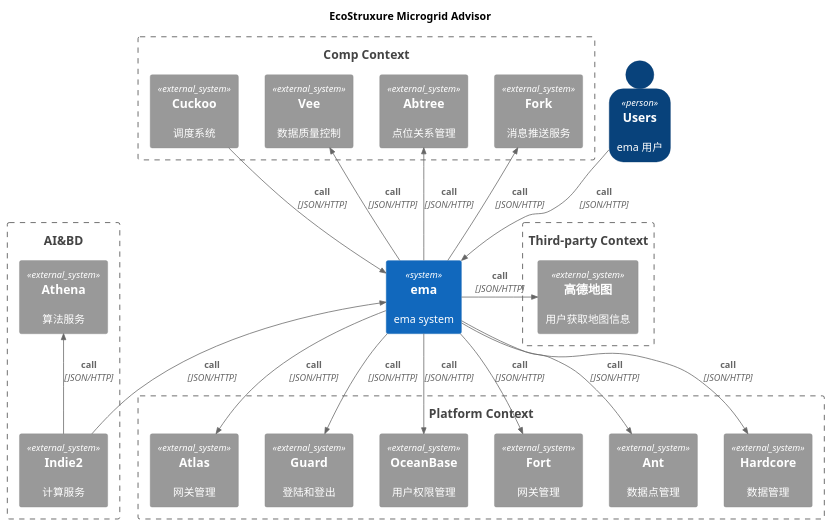
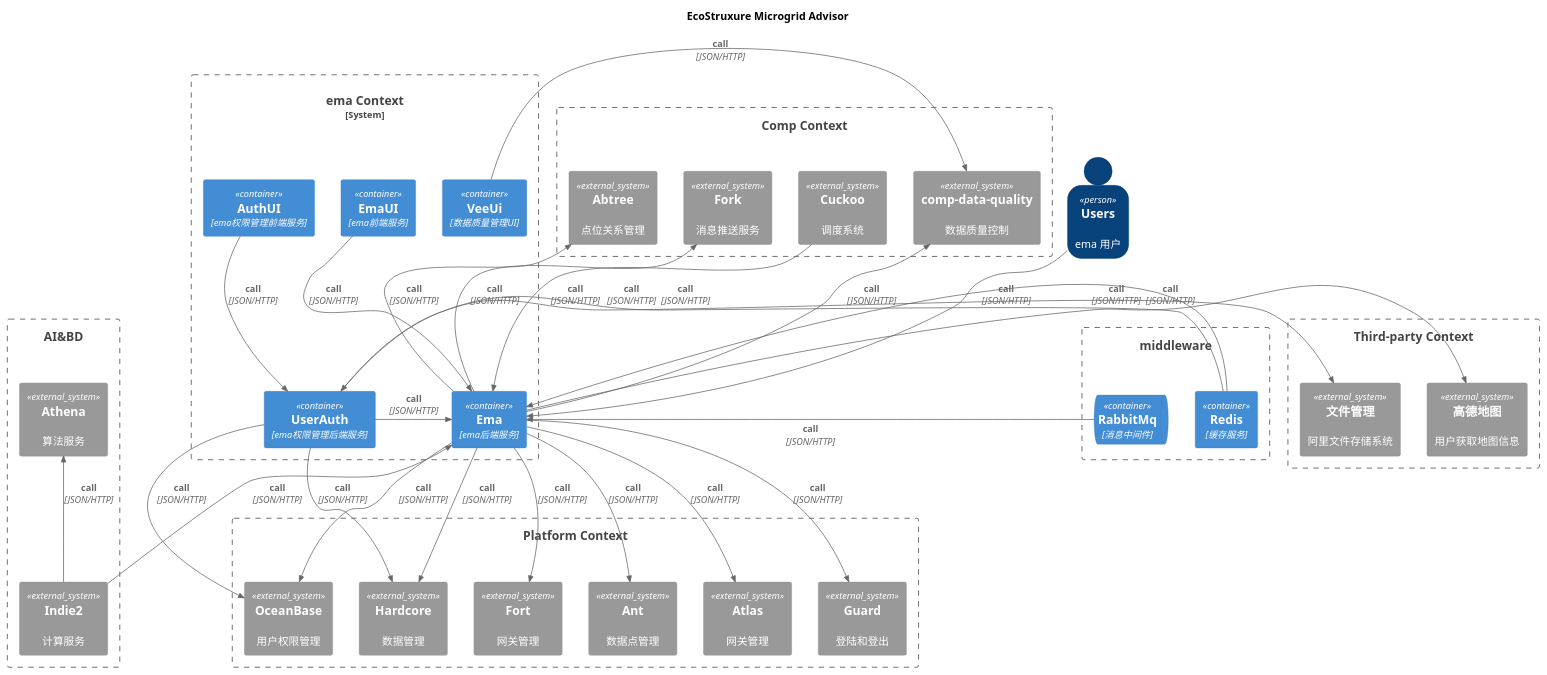
Before and after one commit to 0shuibo/C4-UML: the diagram in c4-ema/ema_container.puml, drawn with PlantUML.

Commit message:
提交容器图

```diff
--- a/c4-ema/ema_container.puml
+++ b/c4-ema/ema_container.puml
@@ -1,75 +1,86 @@
-@startuml energy_hub_system
-!include ../C4_Context.puml
+@startuml energy_hub_container
+!include ../C4_Container.puml
 
 LAYOUT_TOP_DOWN()
 SHOW_PERSON_OUTLINE()
 
 title EcoStruxure Microgrid Advisor
 
 Person(customer, Users, "ema 用户")
 
+System_Boundary(emaSystem, "ema Context") {
+    Container(emaUI, "EmaUI", "ema前端服务")
+    Container(ema, "Ema", "ema后端服务")
+    Container(AuthUI, "AuthUI", "ema权限管理前端服务")
+    Container(userAuth, "UserAuth", "ema权限管理后端服务")
+    Container(veeUi, "VeeUi", "数据质量管理UI")
+
+    Rel_D(emaUI,ema,"call", "JSON/HTTP")
+    Rel_D(AuthUI,userAuth,"call", "JSON/HTTP")
+    Rel_L(userAuth,ema,"call", "JSON/HTTP")
+}
+
+
 Boundary(platformSystem, "Platform Context") {
     System_Ext(atlas, "Atlas", "网关管理")
     System_Ext(guard, "Guard", "登陆和登出")
     System_Ext(oceanBase, "OceanBase", "用户权限管理")
     System_Ext(fort, "Fort", "网关管理")
     System_Ext(ant, "Ant", "数据点管理")
     System_Ext(hardcore, "Hardcore", "数据管理")
+
+    Rel_D(ema,atlas,"call", "JSON/HTTP")
+    Rel_D(ema,guard,"call", "JSON/HTTP")
+    Rel_D(ema,oceanBase,"call", "JSON/HTTP")
+    Rel_D(ema,fort,"call", "JSON/HTTP")
+    Rel_D(ema,ant,"call", "JSON/HTTP")
+    Rel_D(ema,hardcore,"call", "JSON/HTTP")
 }
-
-System(ema, "ema", "ema system")
 
 Boundary(compSystem, "Comp Context") {
     System_Ext(fork, "Fork", "消息推送服务")
     System_Ext(abtree, "Abtree", "点位关系管理")
     System_Ext(cuckoo, "Cuckoo", "调度系统")
-    System_Ext(vee, "Vee", "数据质量控制")
+    System_Ext(vee, "comp-data-quality", "数据质量控制")
+
+    Rel_U(ema,fork,"call", "JSON/HTTP")
+    Rel_U(ema,abtree,"call", "JSON/HTTP")
+    Rel_U(cuckoo,ema,"call", "JSON/HTTP")
+    Rel_U(ema,vee,"call", "JSON/HTTP")
 }
 
-Boundary(compSystem, "common service") {
-    System_Ext(fork, "Fork", "消息推送服务")
-    System_Ext(abtree, "Abtree", "点位关系管理")
-    System_Ext(cuckoo, "Cuckoo", "调度系统")
+
+Boundary(AI&BD, "AI&BD") {
+    System_Ext(athena, "Athena", "算法服务")
+    System_Ext(indie2, "Indie2", "计算服务")
+
+    Rel_U(indie2,ema,"call", "JSON/HTTP")
+    Rel_U(indie2,athena,"call", "JSON/HTTP")
 }
 
-Boundary(AI&BD, "AI&BD") {
-     System_Ext(athena, "Athena", "算法服务")
-     System_Ext(indie2, "Indie2", "计算服务")
+Boundary(middleware, "middleware") {
+    Container(redis, "Redis", "缓存服务")
+    ContainerQueue(rabbitMq, "RabbitMq", "消息中间件")
+
+    Rel_L(rabbitMq,ema,"call", "JSON/HTTP")
+    Rel_L(redis,ema,"call", "JSON/HTTP")
+    Rel_L(redis,userAuth,"call", "JSON/HTTP")
 }
-
 
 
 Boundary(thirdPartySystem, "Third-party Context") {
     System_Ext(gis, "高德地图", "用户获取地图信息")
+    System_Ext(oss, "文件管理", "阿里文件存储系统")
+    Rel_R(ema,gis,"call", "JSON/HTTP")
+    Rel_R(userAuth,oss,"call", "JSON/HTTP")
 }
 Rel_D(customer,ema,"call", "JSON/HTTP")
 
-Rel_U(ema,fork,"call", "JSON/HTTP")
-Rel_U(ema,abtree,"call", "JSON/HTTP")
-Rel_U(cuckoo,ema,"call", "JSON/HTTP")
-Rel_U(ema,vee,"call", "JSON/HTTP")
 
-Rel_R(ema,gis,"call", "JSON/HTTP")
-
-Rel_U(indie2,ema,"call", "JSON/HTTP")
-Rel_U(indie2,athena,"call", "JSON/HTTP")
-
-
-Rel_D(ema,atlas,"call", "JSON/HTTP")
-Rel_D(ema,guard,"call", "JSON/HTTP")
-Rel_D(ema,oceanBase,"call", "JSON/HTTP")
-Rel_D(ema,fort,"call", "JSON/HTTP")
-Rel_D(ema,ant,"call", "JSON/HTTP")
-Rel_D(ema,hardcore,"call", "JSON/HTTP")
-
-
-
-
-
-
-
-
+Rel_D(userAuth,oceanBase,"call", "JSON/HTTP")
+Rel_D(userAuth,hardcore,"call", "JSON/HTTP")
+Rel_D(veeUi,vee,"call", "JSON/HTTP")
 
 
 
 @enduml
```
